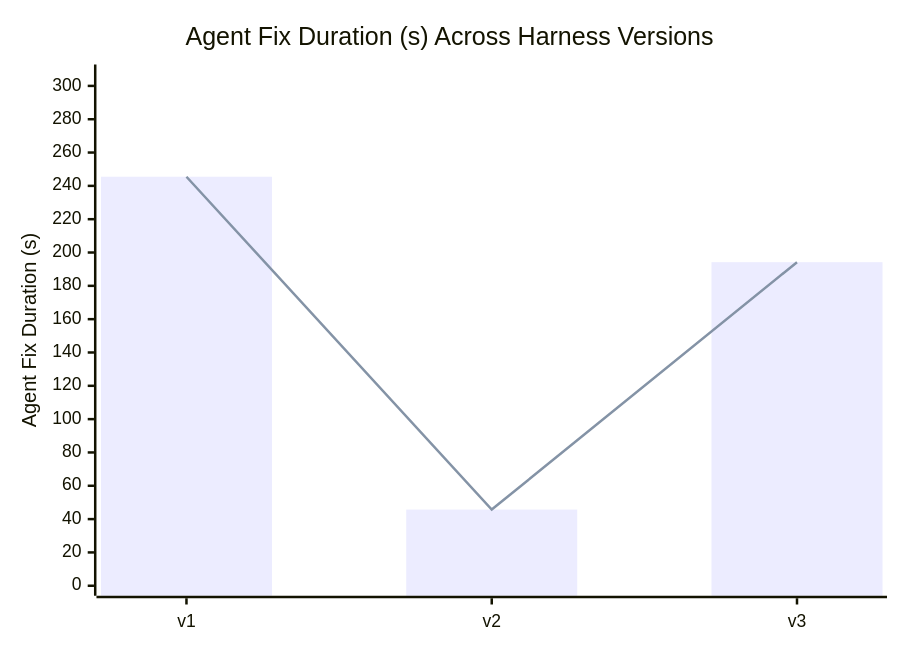
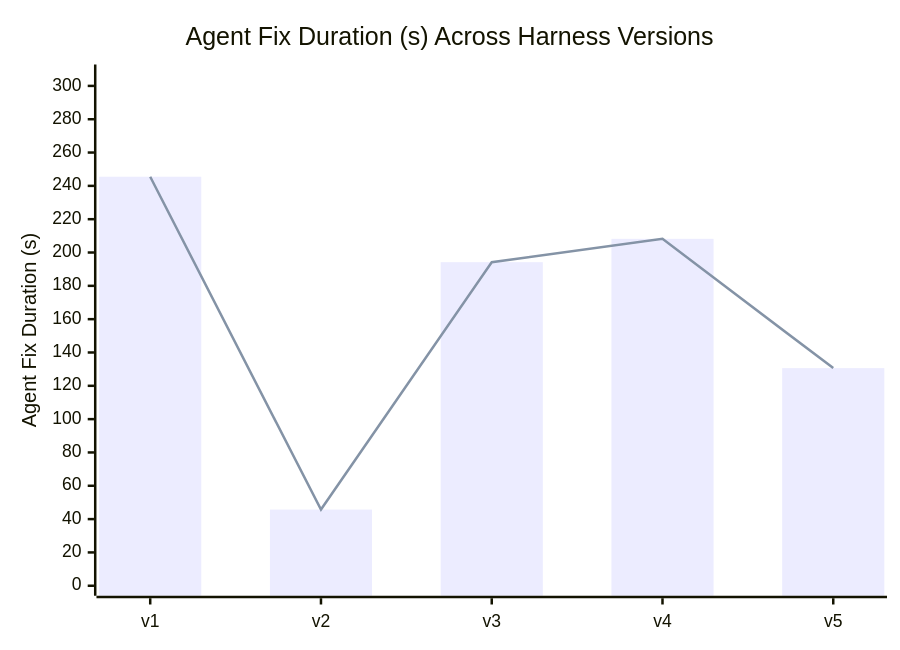
Before and after one commit to denizin42/cs440-lab6-thealgorithms-contrib: the diagram in PERFORMANCE_REPORT.md, drawn with Mermaid. The commit also changed other lines of this file and 8 other files, not shown here.

````diff
--- a/PERFORMANCE_REPORT.md
+++ b/PERFORMANCE_REPORT.md
@@ -21,8 +21,8 @@
 ```mermaid
 xychart-beta
     title "Agent Fix Duration (s) Across Harness Versions"
-    x-axis ["v1", "v2", "v3"]
+    x-axis ["v1", "v2", "v3", "v4", "v5"]
     y-axis "Agent Fix Duration (s)" 0 --> 306.84
-    bar [245.475, 45.724, 194.199]
-    line [245.475, 45.724, 194.199]
+    bar [245.475, 45.724, 194.199, 208.213, 130.619]
+    line [245.475, 45.724, 194.199, 208.213, 130.619]
 ```
````
